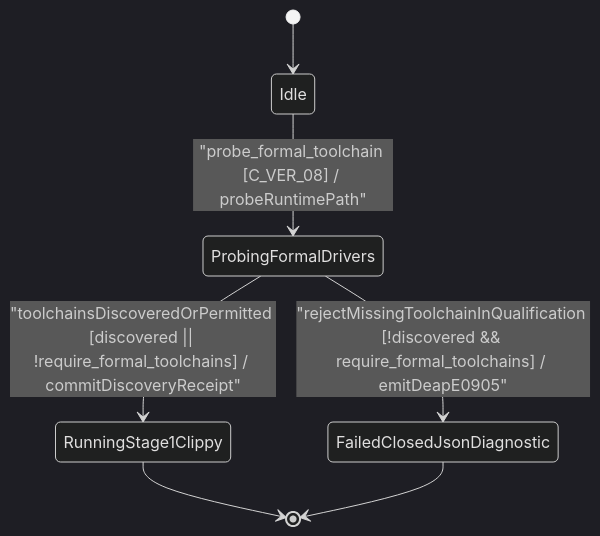
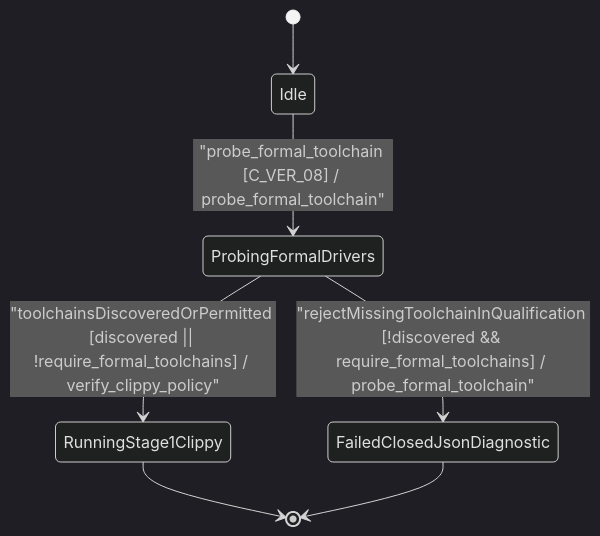
The second of 2 diagrams in .pipeline/upstream/docs/user-stories/US-59-probe_formal_toolchain.md (gintatkinson/DEAP01-spec-core), drawn with Mermaid (dark theme) before and after one commit. The commit also changed other lines of this file and 88 other files, not shown here.

````diff
--- a/.pipeline/upstream/docs/user-stories/US-59-probe_formal_toolchain.md
+++ b/.pipeline/upstream/docs/user-stories/US-59-probe_formal_toolchain.md
@@ -57,9 +52,9 @@
 ```mermaid
 stateDiagram-v2
     [*] --> Idle
-    Idle --> ProbingFormalDrivers : "probe_formal_toolchain [C_VER_08] / probeRuntimePath"
-    ProbingFormalDrivers --> RunningStage1Clippy : "toolchainsDiscoveredOrPermitted [discovered || !require_formal_toolchains] / commitDiscoveryReceipt"
-    ProbingFormalDrivers --> FailedClosedJsonDiagnostic : "rejectMissingToolchainInQualification [!discovered && require_formal_toolchains] / emitDeapE0905"
+    Idle --> ProbingFormalDrivers : "probe_formal_toolchain [C_VER_08] / probe_formal_toolchain"
+    ProbingFormalDrivers --> RunningStage1Clippy : "toolchainsDiscoveredOrPermitted [discovered || !require_formal_toolchains] / verify_clippy_policy"
+    ProbingFormalDrivers --> FailedClosedJsonDiagnostic : "rejectMissingToolchainInQualification [!discovered && require_formal_toolchains] / probe_formal_toolchain"
     RunningStage1Clippy --> [*]
     FailedClosedJsonDiagnostic --> [*]
 ```
````
